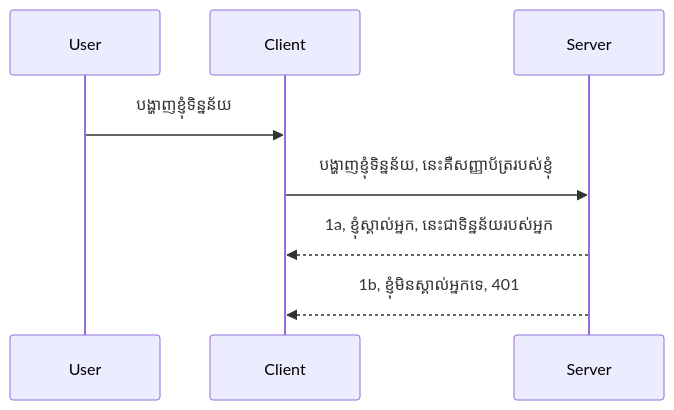
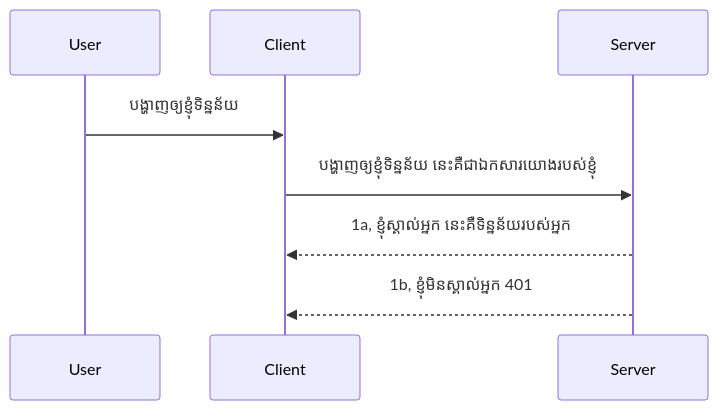
The diagram in mcp_ecosystem__model_context_protocol/mcp_learning_resources/mcp-for-beginners/translations/km/03-GettingStarted/11-simple-auth/README.md (HIDORAKAI002/ai-workspace-archive), drawn with Mermaid before and after one commit. The commit also changed other lines of this file and 1160 other files, not shown here.

````diff
--- a/mcp_ecosystem__model_context_protocol/mcp_learning_resources/mcp-for-beginners/translations/km/03-GettingStarted/11-simple-auth/README.md
+++ b/mcp_ecosystem__model_context_protocol/mcp_learning_resources/mcp-for-beginners/translations/km/03-GettingStarted/11-simple-auth/README.md
@@ -24,11 +24,11 @@
 ```mermaid
 sequenceDiagram
    participant User
    participant Client
    participant Server
 
-   User->>Client: បង្ហាញខ្ញុំទិន្នន័យ
-   Client->>Server: បង្ហាញខ្ញុំទិន្នន័យ, នេះគឺសញ្ញាប័ត្ររបស់ខ្ញុំ
-   Server-->>Client: 1a, ខ្ញុំស្គាល់អ្នក, នេះជាទិន្នន័យរបស់អ្នក
-   Server-->>Client: 1b, ខ្ញុំមិនស្គាល់អ្នកទេ, 401 
-```
+   User->>Client: បង្ហាញឲ្យខ្ញុំទិន្នន័យ
+   Client->>Server: បង្ហាញឲ្យខ្ញុំទិន្នន័យ នេះគឺជាឯកសារយោងរបស់ខ្ញុំ
+   Server-->>Client: 1a, ខ្ញុំស្គាល់អ្នក នេះគឺទិន្នន័យរបស់អ្នក
+   Server-->>Client: 1b, ខ្ញុំមិនស្គាល់អ្នក 401 
+```  
````
